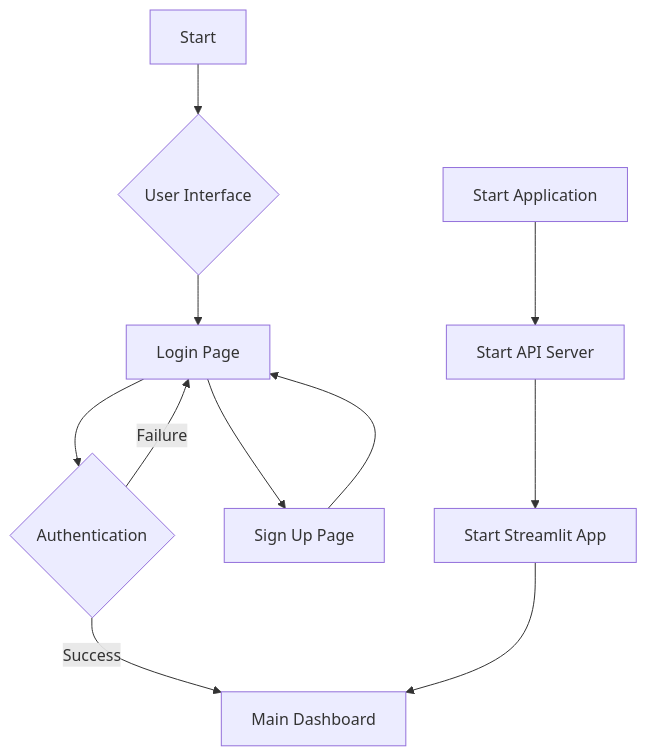
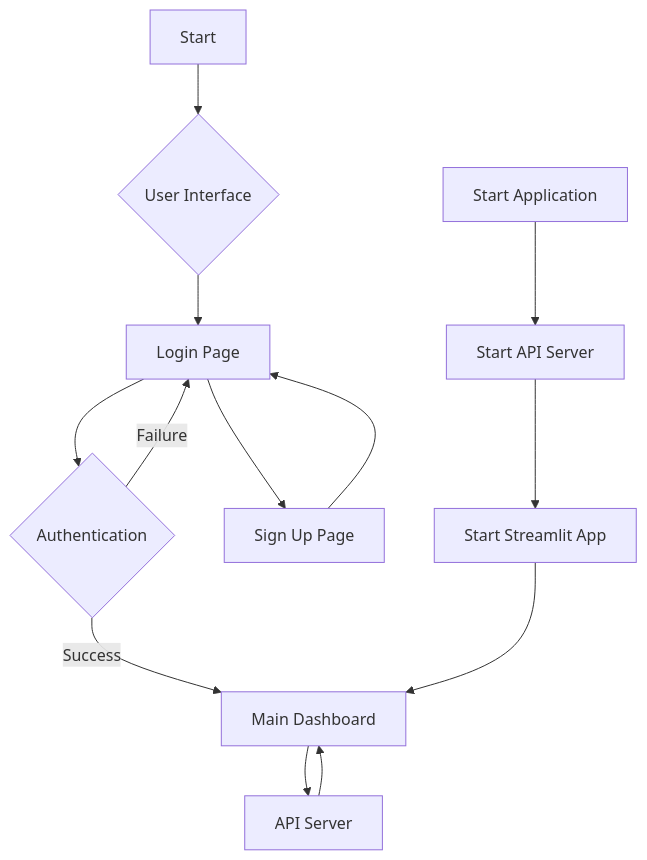
One commit to Islam29632/WSP_Grad_Project changed the first of 2 diagrams in README.md. Above: the diagram before and after it, drawn with Mermaid. The commit also changed other lines of this file, not shown here.

Commit message:
update flow charts

````diff
--- a/README.md
+++ b/README.md
@@ -15,14 +15,17 @@
 ```mermaid
 graph TD
     A[Start] --> B{User Interface};
     B --> C[Login Page];
     C --> D{Authentication};
     D -- Success --> E[Main Dashboard];
     D -- Failure --> C;
     C --> F[Sign Up Page];
     F --> C;
 
     G[Start Application] --> H[Start API Server];
     H --> I[Start Streamlit App];
     I --> E;
+    J[API Server];
+    E --> J;
+    J --> E;
 ```
````
